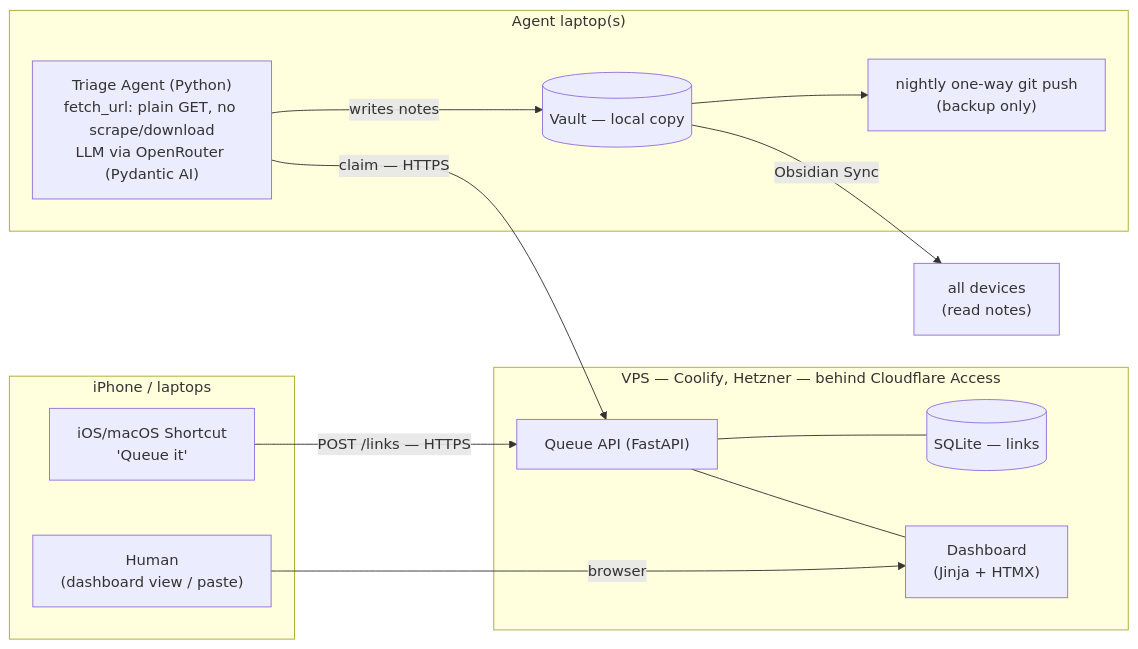
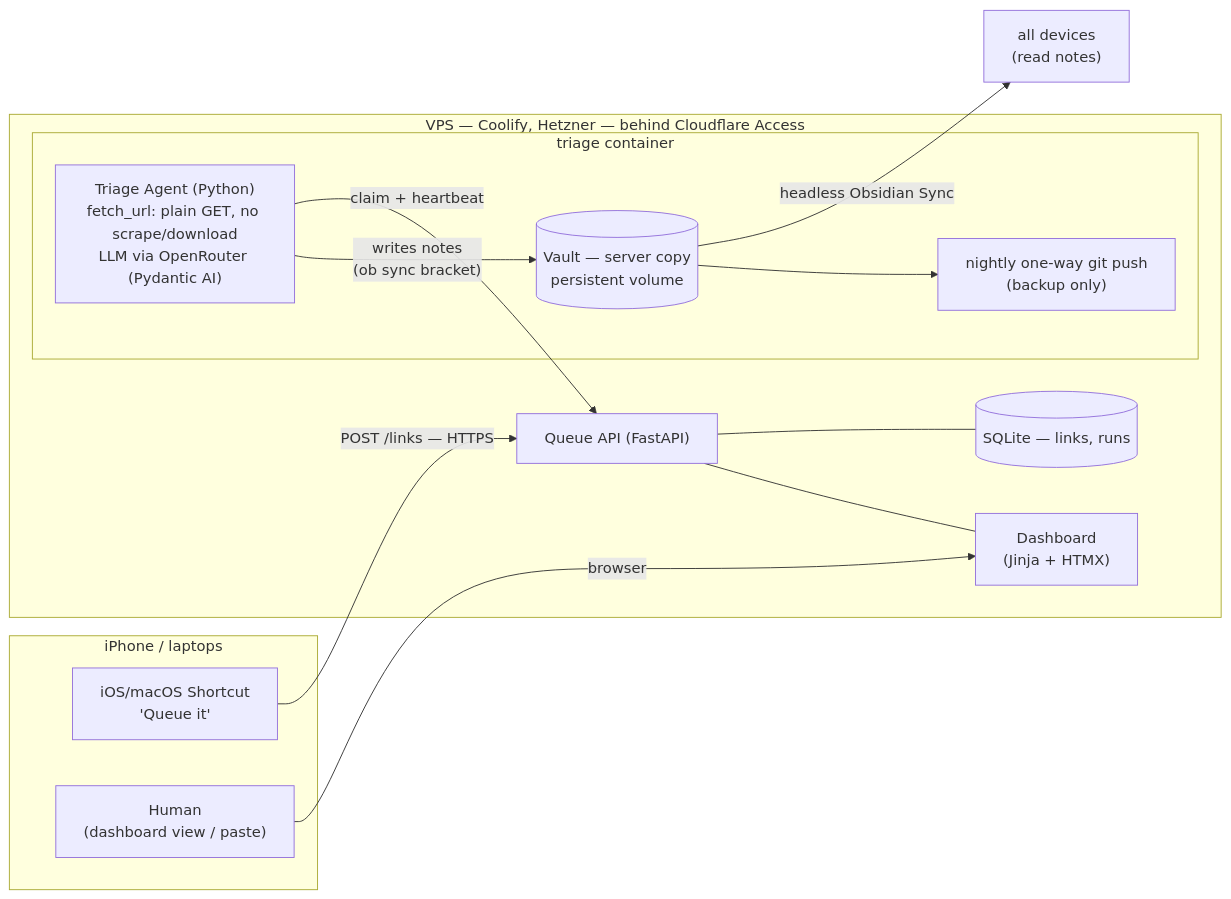
The first of 2 diagrams in docs/ARCHITECTURE.md (palsagar/obsidian-linkqueue), drawn with Mermaid before and after one commit. The commit also changed other lines of this file and 19 other files, not shown here.

First line of the commit message:
Move the Triage Agent server-side with headless Obsidian Sync (ADR 0005)

````diff
--- a/docs/ARCHITECTURE.md
+++ b/docs/ARCHITECTURE.md
@@ -7,30 +7,29 @@
 ```mermaid
 flowchart LR
     subgraph clients["iPhone / laptops"]
         S["iOS/macOS Shortcut<br/>'Queue it'"]
         H["Human<br/>(dashboard view / paste)"]
     end
 
     subgraph vps["VPS — Coolify, Hetzner — behind Cloudflare Access"]
         Q["Queue API (FastAPI)"]
-        DB[("SQLite — links")]
+        DB[("SQLite — links, runs")]
         DASH["Dashboard<br/>(Jinja + HTMX)"]
         Q --- DB
         Q --- DASH
-    end
-
-    subgraph laptop["Agent laptop(s)"]
-        T["Triage Agent (Python)<br/>fetch_url: plain GET, no scrape/download<br/>LLM via OpenRouter (Pydantic AI)"]
-        V[("Vault — local copy")]
-        G["nightly one-way git push<br/>(backup only)"]
+        subgraph triage["triage container"]
+            T["Triage Agent (Python)<br/>fetch_url: plain GET, no scrape/download<br/>LLM via OpenRouter (Pydantic AI)"]
+            V[("Vault — server copy<br/>persistent volume")]
+            G["nightly one-way git push<br/>(backup only)"]
+        end
     end
 
     D["all devices<br/>(read notes)"]
 
     S -- "POST /links — HTTPS" --> Q
     H -- "browser" --> DASH
-    T -- "claim — HTTPS" --> Q
-    T -- "writes notes" --> V
-    V -- "Obsidian Sync" --> D
+    T -- "claim + heartbeat" --> Q
+    T -- "writes notes<br/>(ob sync bracket)" --> V
+    V -- "headless Obsidian Sync" --> D
     V --> G
 ```
````
